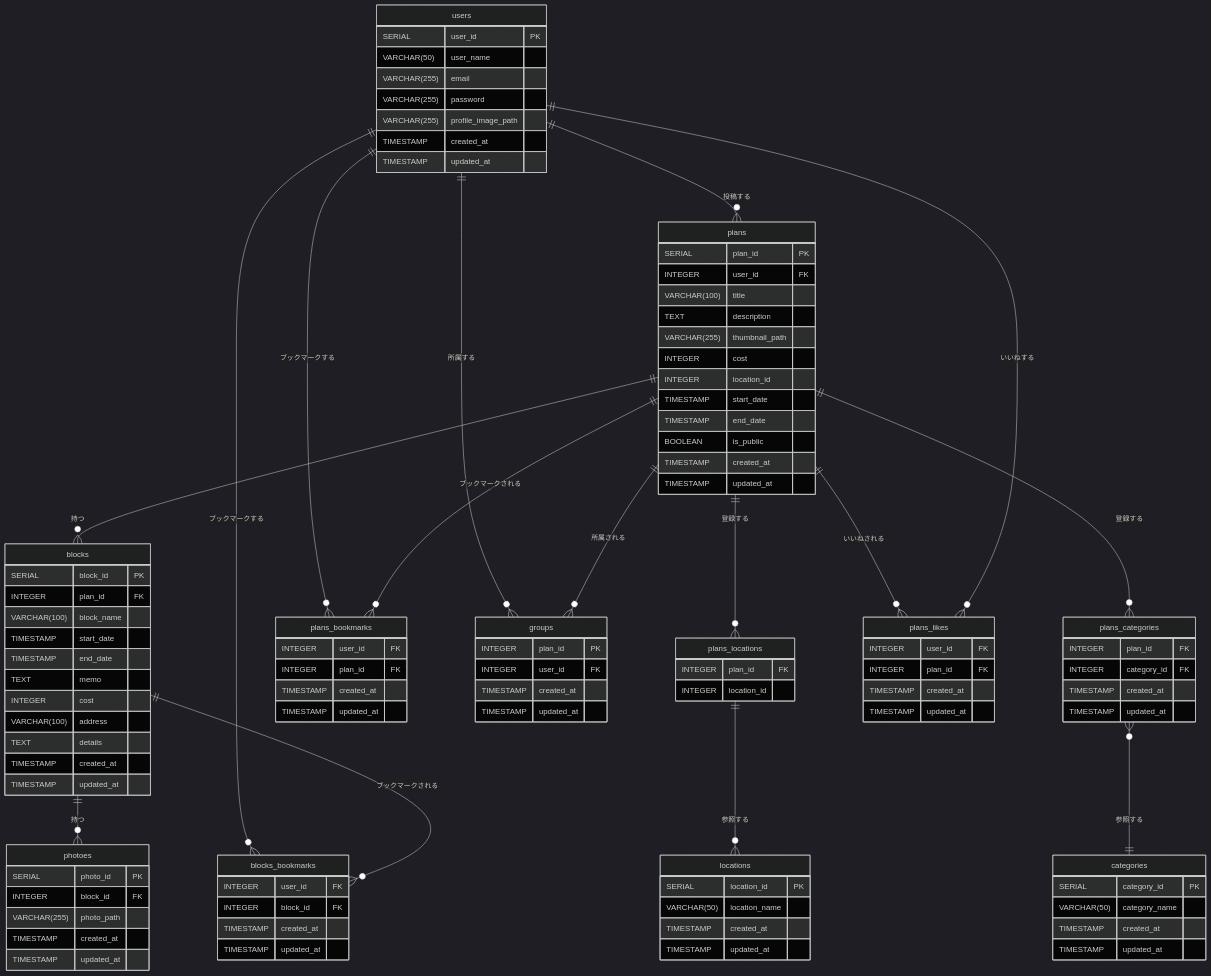
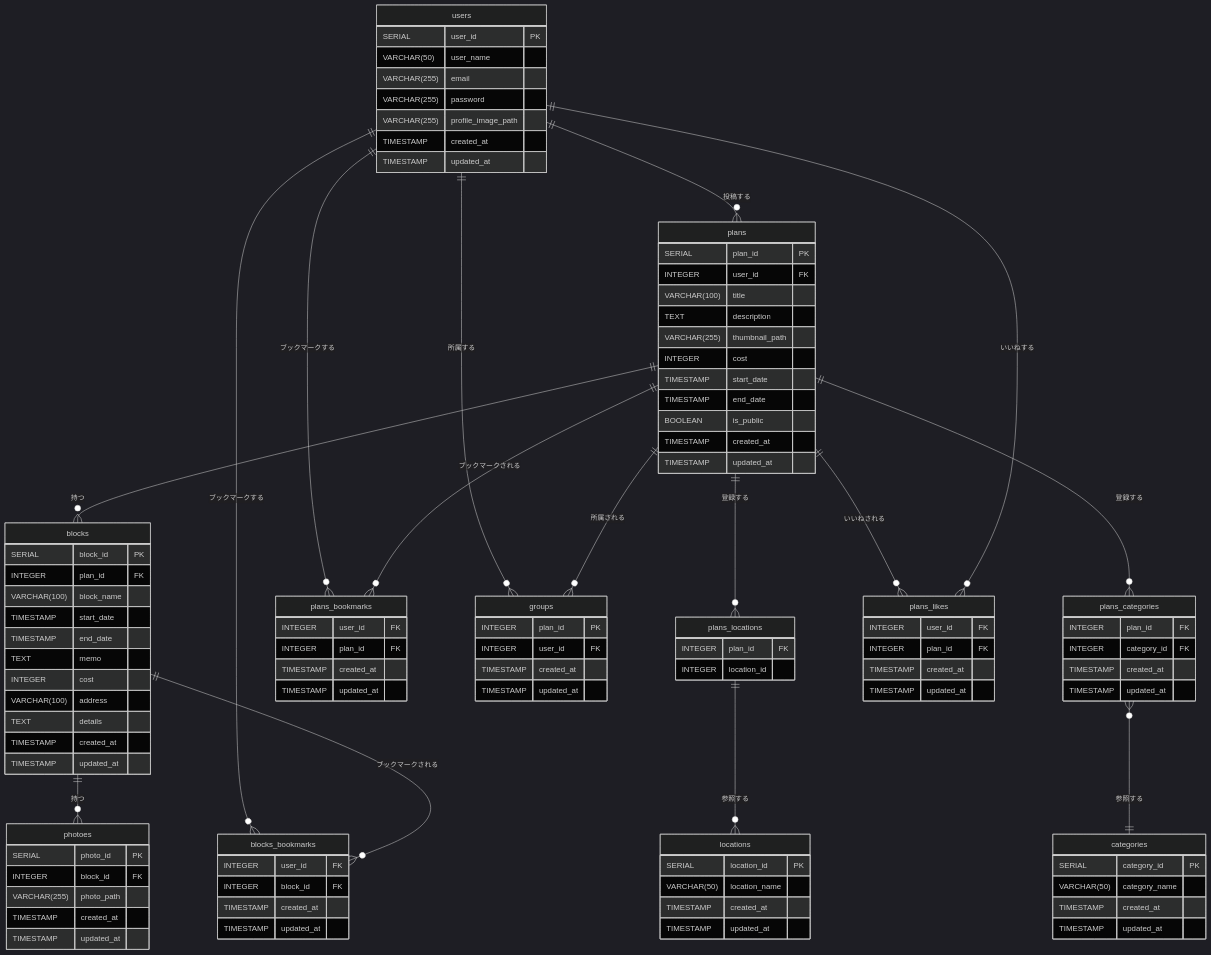
Before and after one commit to Fuuma0000/manetabi_api: the diagram in README.md, drawn with Mermaid (dark theme). The commit also changed other lines of this file, not shown here.

Commit message:
[fix]planにlocationは複数あるので中間テーブルで保存しているためいらない

```diff
--- a/README.md
+++ b/README.md
@@ -39,7 +39,6 @@
         TEXT description
         VARCHAR(255) thumbnail_path
         INTEGER cost
-        INTEGER location_id
         TIMESTAMP start_date
         TIMESTAMP end_date
         BOOLEAN is_public
```
